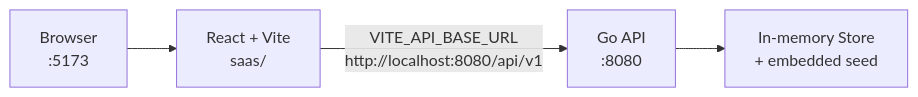
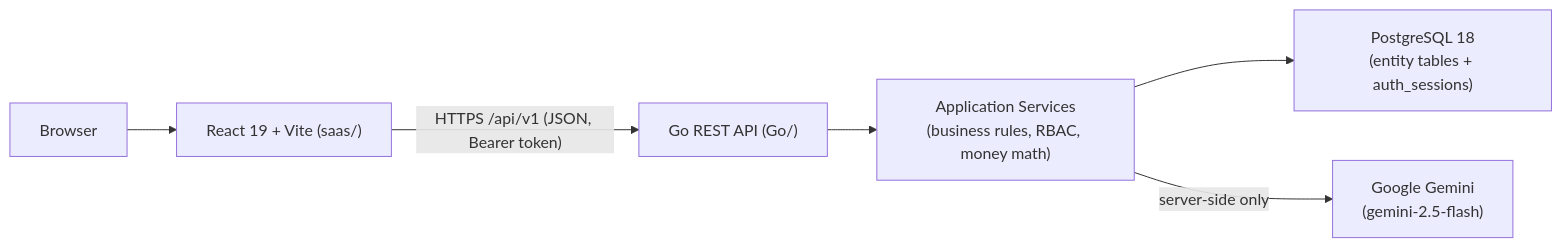
Before and after one commit to JagtapAvadhut/SmartCA: the first of 4 diagrams in README.md, drawn with Mermaid. The commit also changed other lines of this file and 174 other files, not shown here.

````diff
--- a/README.md
+++ b/README.md
@@ -128,6 +46,8 @@
 ```mermaid
 flowchart LR
-  B["Browser\n:5173"] --> V["React + Vite\nsaas/"]
-  V -->|"VITE_API_BASE_URL\nhttp://localhost:8080/api/v1"| G["Go API\n:8080"]
-  G --> M["In-memory Store\n+ embedded seed"]
+  U["Browser"] --> R["React 19 + Vite (saas/)"]
+  R -->|"HTTPS /api/v1 (JSON, Bearer token)"| A["Go REST API (Go/)"]
+  A --> S["Application Services\n(business rules, RBAC, money math)"]
+  S --> P["PostgreSQL 18\n(entity tables + auth_sessions)"]
+  S -->|"server-side only"| G["Google Gemini\n(gemini-2.5-flash)"]
 ```
````
